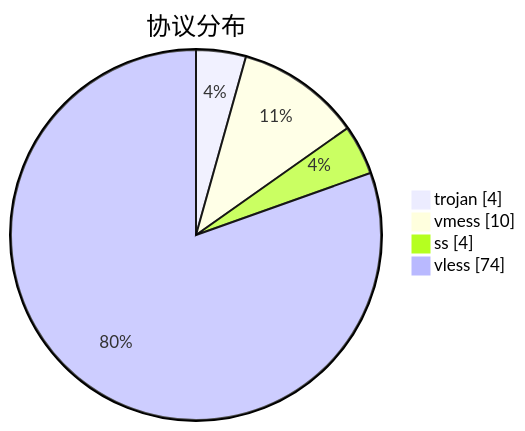
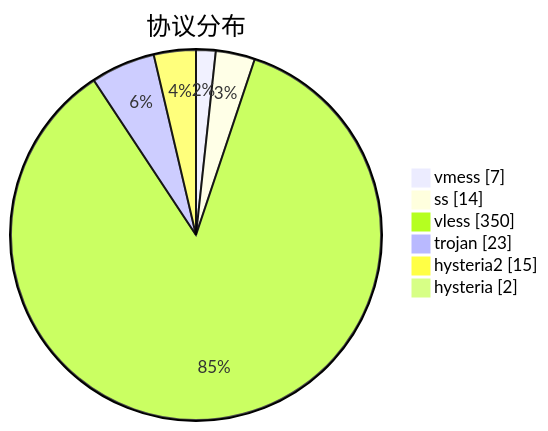
Before and after one commit to sinspired/airport: the third of 3 diagrams in subs/statistics/tested_within.md, drawn with Mermaid. The commit also changed other lines of this file and 2 other files, not shown here.

````diff
--- a/subs/statistics/tested_within.md
+++ b/subs/statistics/tested_within.md
@@ -25,8 +39,10 @@
 ```mermaid
 pie showData
 title 协议分布
-"trojan" : 4
-"vmess" : 10
-"ss" : 4
-"vless" : 74
+"vmess" : 7
+"ss" : 14
+"vless" : 350
+"trojan" : 23
+"hysteria2" : 15
+"hysteria" : 2
 ```
````
